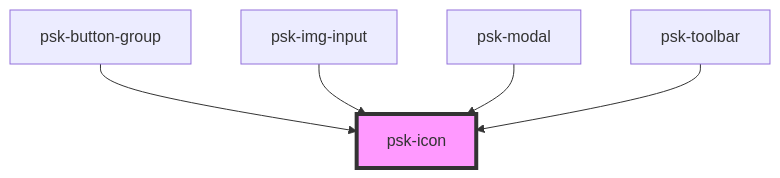
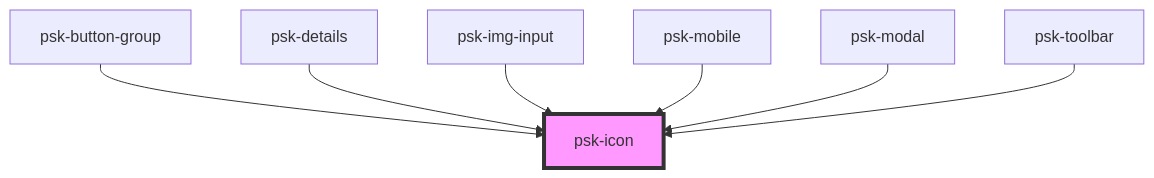
Before and after one commit to daniel-visoiu/cardinal: the diagram in src/components/psk-icon/readme.md, drawn with Mermaid. The commit also changed other lines of this file and 15 other files, not shown here.

````diff
--- a/src/components/psk-icon/readme.md
+++ b/src/components/psk-icon/readme.md
@@ -28,8 +30,10 @@
 ```mermaid
 graph TD;
   psk-button-group --> psk-icon
+  psk-details --> psk-icon
   psk-img-input --> psk-icon
+  psk-mobile --> psk-icon
   psk-modal --> psk-icon
   psk-toolbar --> psk-icon
   style psk-icon fill:#f9f,stroke:#333,stroke-width:4px
 ```
````
